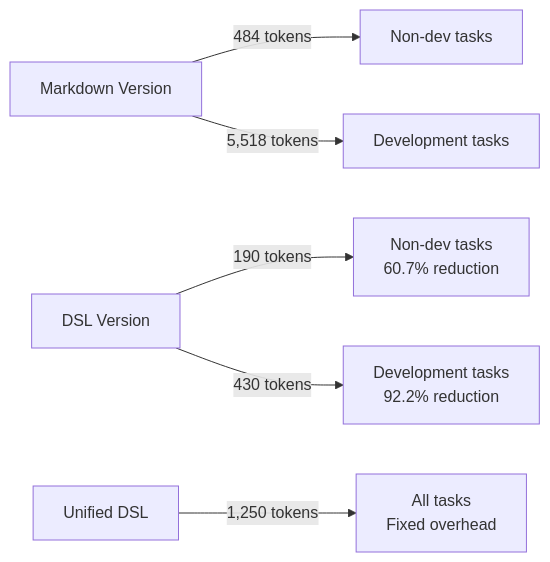
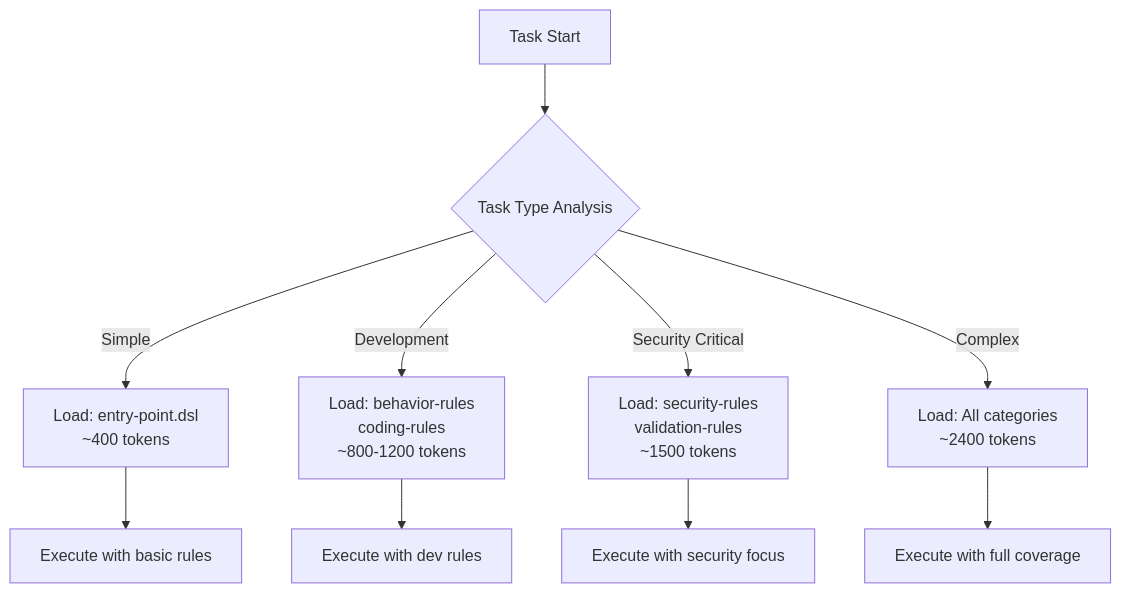
The fifth of 9 diagrams in dsl/FLOW.md (reivosar/claude-code-engineering-guide), drawn with Mermaid before and after one commit. The commit also changed other lines of this file, not shown here.

First line of the commit message:
UPDATE: Completely rewrite dsl/FLOW.md to reflect current modular architecture

````diff
--- a/dsl/FLOW.md
+++ b/dsl/FLOW.md
@@ -118,10 +98,14 @@
 ```mermaid
-graph LR
-    A[Markdown Version] -->|484 tokens| B[Non-dev tasks]
-    A -->|5,518 tokens| C[Development tasks]
+graph TD
+    TaskStart[Task Start] --> TaskType{Task Type Analysis}
     
-    D[DSL Version] -->|190 tokens| E[Non-dev tasks<br/>60.7% reduction]
-    D -->|430 tokens| F[Development tasks<br/>92.2% reduction]
+    TaskType -->|Simple| MinimalLoad[Load: entry-point.dsl<br/>~400 tokens]
+    TaskType -->|Development| DevLoad[Load: behavior-rules<br/>coding-rules<br/>~800-1200 tokens]
+    TaskType -->|Security Critical| SecurityLoad[Load: security-rules<br/>validation-rules<br/>~1500 tokens]
+    TaskType -->|Complex| FullLoad[Load: All categories<br/>~2400 tokens]
     
-    G[Unified DSL] -->|1,250 tokens| H[All tasks<br/>Fixed overhead]
+    MinimalLoad --> Execute1[Execute with basic rules]
+    DevLoad --> Execute2[Execute with dev rules]
+    SecurityLoad --> Execute3[Execute with security focus]
+    FullLoad --> Execute4[Execute with full coverage]
 ```
````
